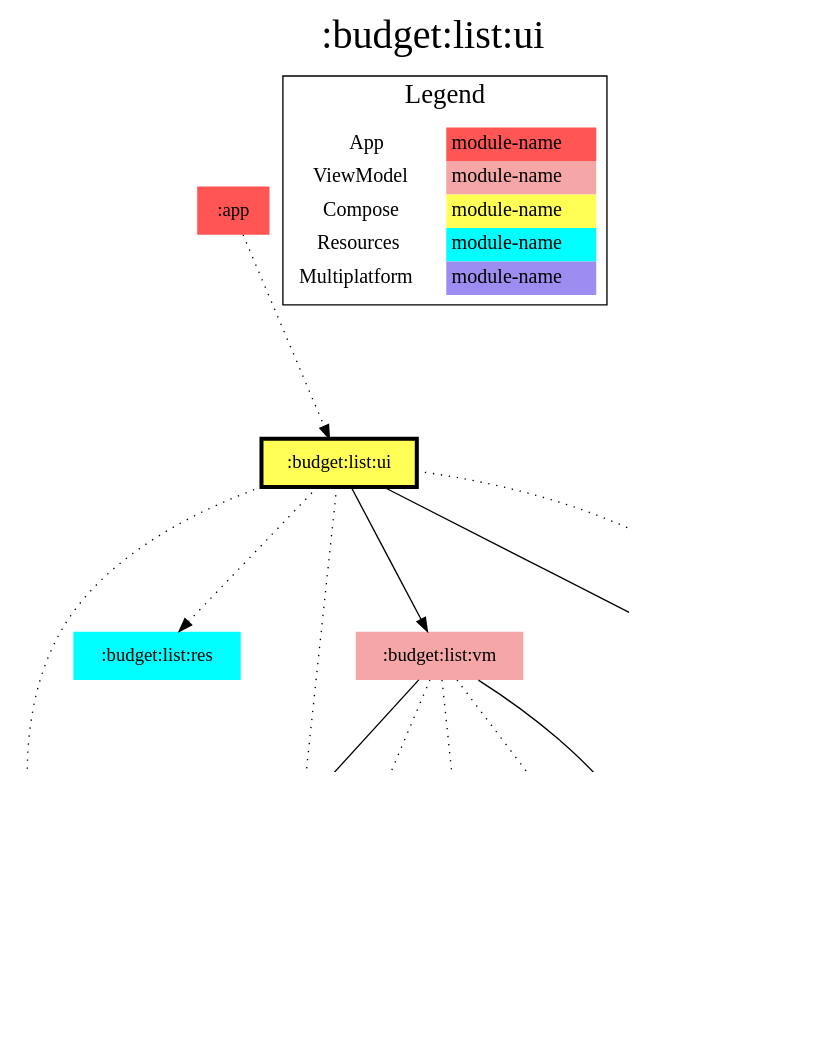
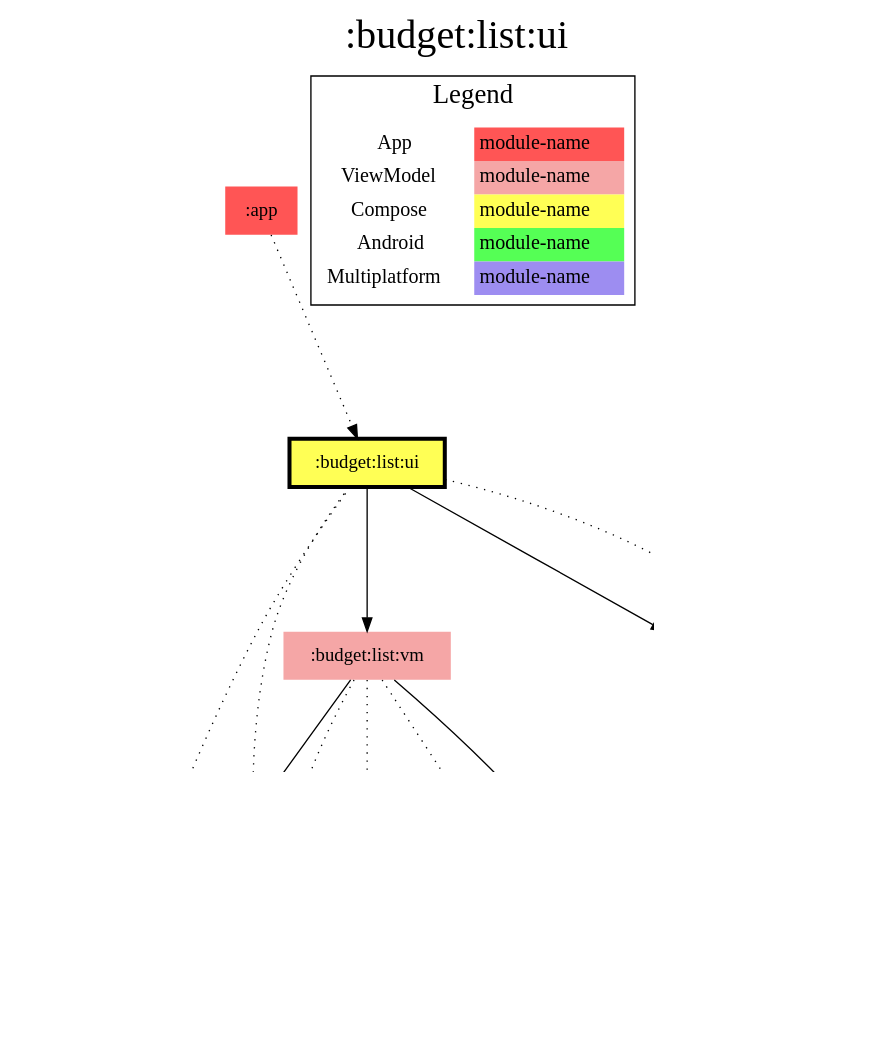
One commit to jonapoul/aktual changed the diagram in modules/budget/list/ui/modules.dot. Above: the diagram before and after it, drawn with Graphviz. The commit also changed 196 other files, not shown here.

```diff
--- a/modules/budget/list/ui/modules.dot
+++ b/modules/budget/list/ui/modules.dot
@@ -1,55 +1,55 @@
 digraph {
 edge ["dir"="forward"]
 graph ["dpi"="100","label"=":budget:list:ui","labelloc"="t","fontsize"="30","ranksep"="1.5","rankdir"="TB"]
 node ["style"="filled"]
 ":account:model" ["fillcolor"="#9D8DF1","shape"="none"]
 ":api:actual" ["fillcolor"="#9D8DF1","shape"="none"]
 ":app" ["fillcolor"="#FF5555","shape"="none"]
-":budget:list:res" ["fillcolor"="#00FFFF","shape"="none"]
 ":budget:list:ui" ["fillcolor"="#FFFF55","color"="black","penwidth"="3","shape"="box"]
 ":budget:list:vm" ["fillcolor"="#F5A6A6","shape"="none"]
 ":budget:model" ["fillcolor"="#9D8DF1","shape"="none"]
 ":codegen:annotation" ["fillcolor"="#9D8DF1","shape"="none"]
+":core:android" ["fillcolor"="#55FF55","shape"="none"]
 ":core:model" ["fillcolor"="#9D8DF1","shape"="none"]
-":core:res" ["fillcolor"="#00FFFF","shape"="none"]
 ":core:ui" ["fillcolor"="#FFFF55","shape"="none"]
+":l10n" ["fillcolor"="#9D8DF1","shape"="none"]
 ":prefs" ["fillcolor"="#9D8DF1","shape"="none"]
 {
 edge ["dir"="none"]
 graph ["rank"="same"]
 ":budget:list:ui"
 }
 ":api:actual" -> ":account:model"
 ":api:actual" -> ":budget:model"
 ":api:actual" -> ":codegen:annotation" ["style"="dotted"]
 ":api:actual" -> ":core:model"
 ":app" -> ":budget:list:ui" ["style"="dotted"]
 ":budget:list:ui" -> ":account:model" ["style"="dotted"]
-":budget:list:ui" -> ":budget:list:res" ["style"="dotted"]
 ":budget:list:ui" -> ":budget:list:vm"
 ":budget:list:ui" -> ":budget:model" ["style"="dotted"]
-":budget:list:ui" -> ":core:res" ["style"="dotted"]
 ":budget:list:ui" -> ":core:ui"
+":budget:list:ui" -> ":l10n" ["style"="dotted"]
 ":budget:list:vm" -> ":account:model" ["style"="dotted"]
 ":budget:list:vm" -> ":api:actual" ["style"="dotted"]
 ":budget:list:vm" -> ":budget:model"
 ":budget:list:vm" -> ":core:model"
 ":budget:list:vm" -> ":prefs" ["style"="dotted"]
+":core:ui" -> ":core:android" ["style"="dotted"]
 ":core:ui" -> ":core:model"
-":core:ui" -> ":core:res" ["style"="dotted"]
+":core:ui" -> ":l10n" ["style"="dotted"]
 ":prefs" -> ":account:model"
 ":prefs" -> ":core:model"
 subgraph "cluster_legend" {
 edge ["dir"="none"]
 graph ["label"="Legend","fontsize"="20"]
 "Legend" ["style"="filled","fillcolor"="#FFFFFF","shape"="none","margin"="0","fontsize"="15","label"=<
 <TABLE BORDER="0" CELLBORDER="0" CELLSPACING="0" CELLPADDING="4">
 <TR><TD>App</TD><TD BGCOLOR="#FF5555">module-name</TD></TR>
 <TR><TD>ViewModel</TD><TD BGCOLOR="#F5A6A6">module-name</TD></TR>
 <TR><TD>Compose</TD><TD BGCOLOR="#FFFF55">module-name</TD></TR>
-<TR><TD>Resources</TD><TD BGCOLOR="#00FFFF">module-name</TD></TR>
+<TR><TD>Android</TD><TD BGCOLOR="#55FF55">module-name</TD></TR>
 <TR><TD>Multiplatform</TD><TD BGCOLOR="#9D8DF1">module-name</TD></TR>
 </TABLE>
 >]
 } -> ":budget:list:ui" ["style"="invis"]
 }
```
